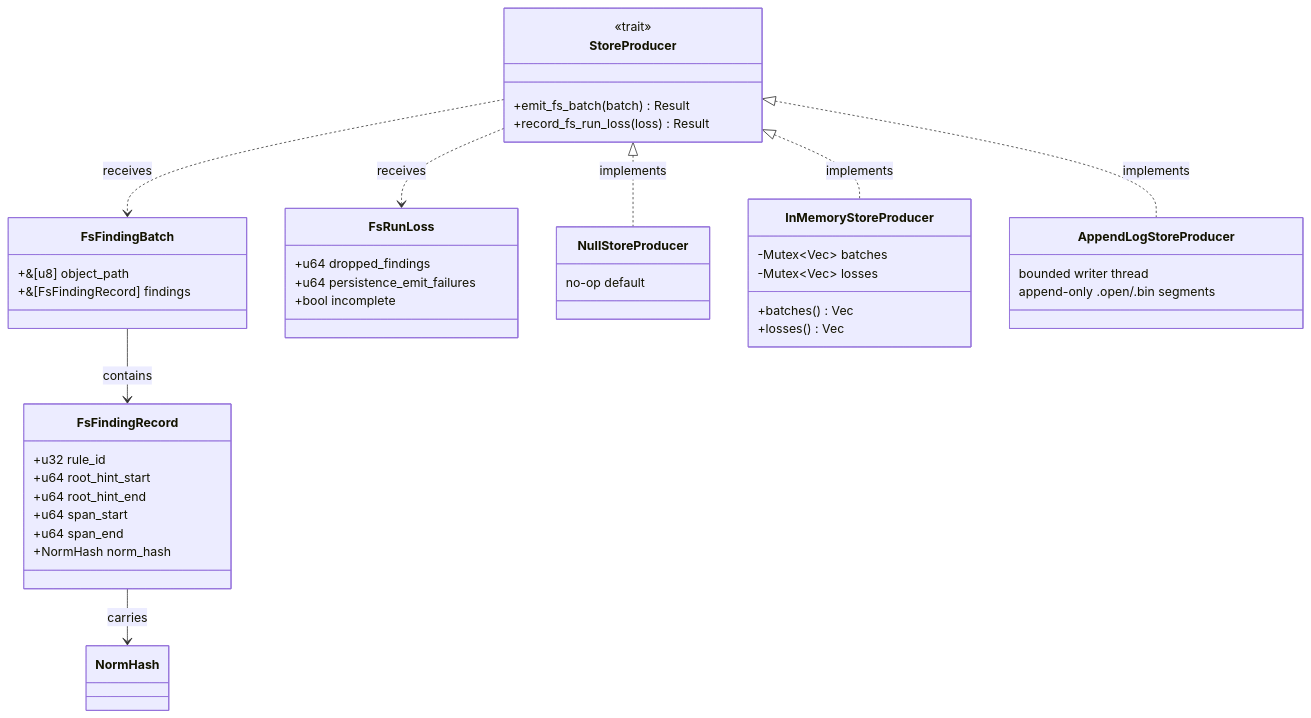
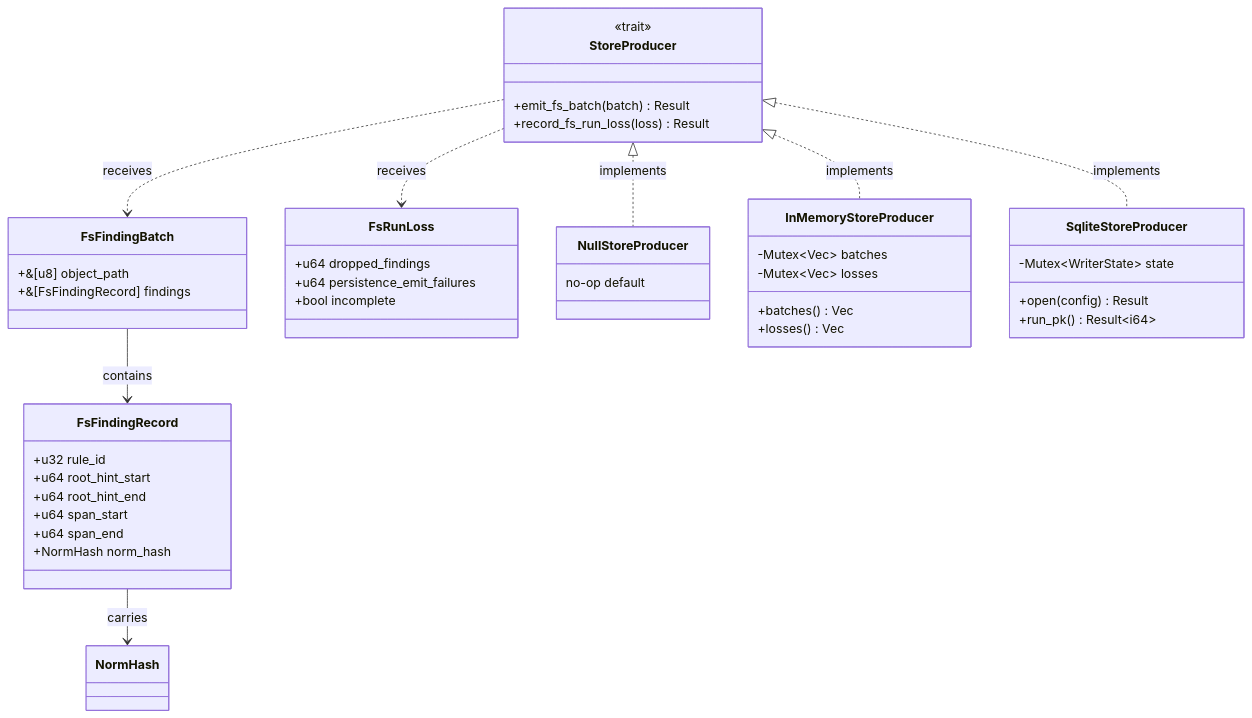
Before and after one commit to ahrav/scratch-scanner-rs: the fifth of 6 diagrams in docs/data-types.md, drawn with Mermaid. The commit also changed other lines of this file and 12 other files, not shown here.

````diff
--- a/docs/data-types.md
+++ b/docs/data-types.md
@@ -388,54 +388,55 @@
 ```mermaid
 classDiagram
     direction TB
 
     class FsFindingRecord {
         +u32 rule_id
         +u64 root_hint_start
         +u64 root_hint_end
         +u64 span_start
         +u64 span_end
         +NormHash norm_hash
     }
 
     class FsFindingBatch {
         +&[u8] object_path
         +&[FsFindingRecord] findings
     }
 
     class FsRunLoss {
         +u64 dropped_findings
         +u64 persistence_emit_failures
         +bool incomplete
     }
 
     class StoreProducer {
         <<trait>>
         +emit_fs_batch(batch) Result
         +record_fs_run_loss(loss) Result
     }
 
     class NullStoreProducer {
         no-op default
     }
 
     class InMemoryStoreProducer {
         -Mutex~Vec~ batches
         -Mutex~Vec~ losses
         +batches() Vec
         +losses() Vec
     }
 
-    class AppendLogStoreProducer {
-        bounded writer thread
-        append-only .open/.bin segments
+    class SqliteStoreProducer {
+        -Mutex~WriterState~ state
+        +open(config) Result
+        +run_pk() Result~i64~
     }
 
     FsFindingBatch --> FsFindingRecord : contains
     FsFindingRecord --> NormHash : carries
     StoreProducer <|.. NullStoreProducer : implements
     StoreProducer <|.. InMemoryStoreProducer : implements
-    StoreProducer <|.. AppendLogStoreProducer : implements
+    StoreProducer <|.. SqliteStoreProducer : implements
     StoreProducer ..> FsFindingBatch : receives
     StoreProducer ..> FsRunLoss : receives
 ```
````
